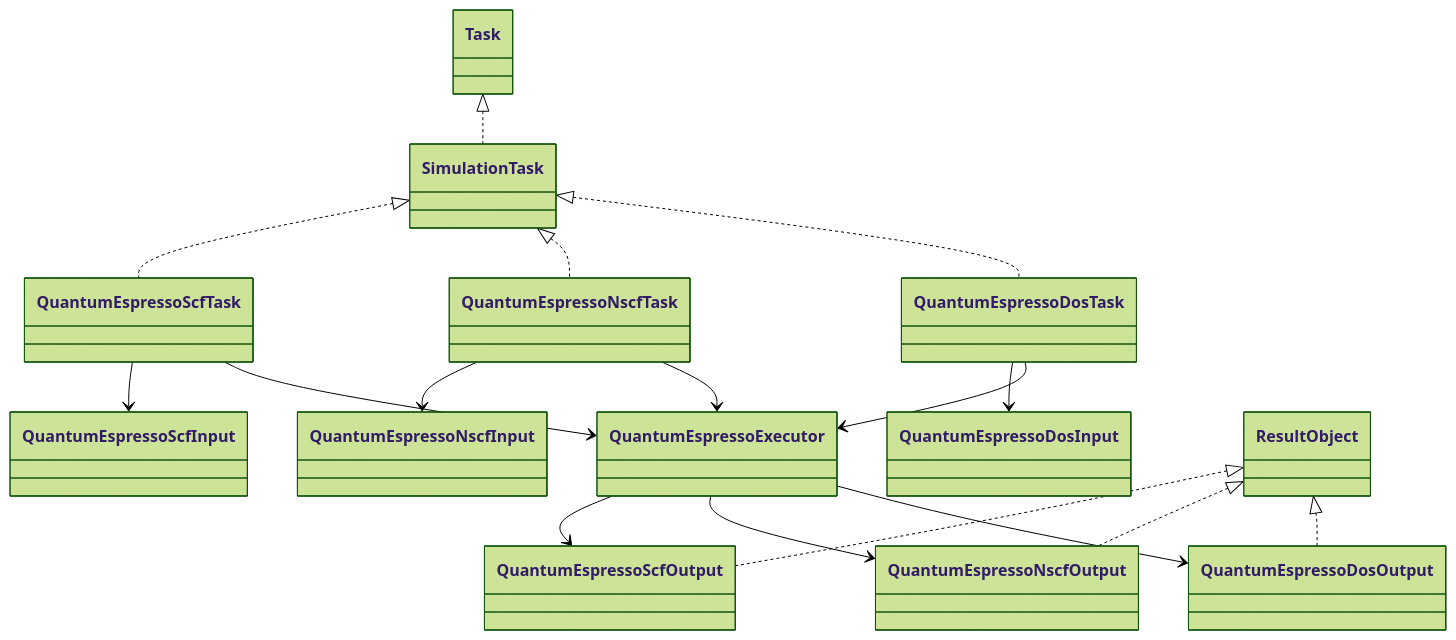
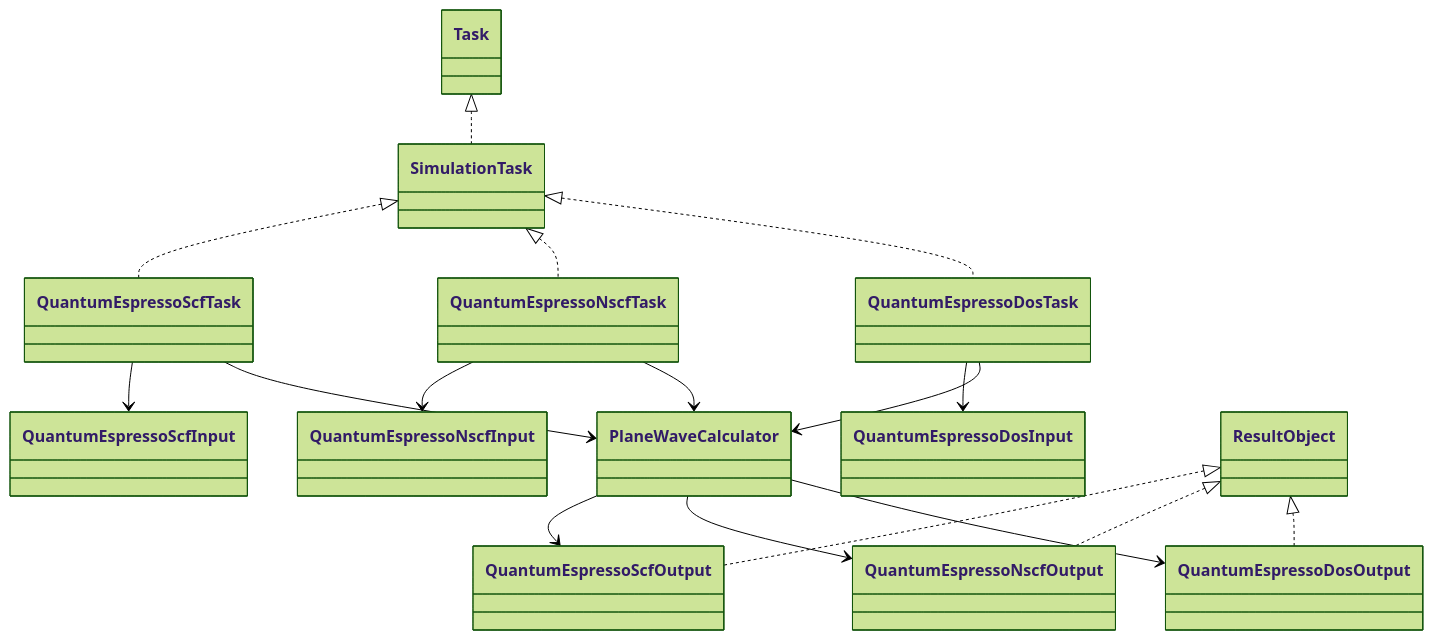
One commit to eragasa/ksdft2effmass changed the first of 2 diagrams in docs/architecture/v2/ksdft2effmass/workflows/simulation-task-model.md. Above: the diagram before and after it, drawn with Mermaid (forest theme). The commit also changed other lines of this file and 119 other files, not shown here.

Commit message:
Complete Quantum ESPRESSO integration boundary

````diff
--- a/docs/architecture/v2/ksdft2effmass/workflows/simulation-task-model.md
+++ b/docs/architecture/v2/ksdft2effmass/workflows/simulation-task-model.md
@@ -15,33 +23,33 @@
 ```mermaid
 classDiagram
     class Task
     class SimulationTask
     class QuantumEspressoScfTask
     class QuantumEspressoNscfTask
     class QuantumEspressoDosTask
     class QuantumEspressoScfInput
     class QuantumEspressoNscfInput
     class QuantumEspressoDosInput
     class QuantumEspressoScfOutput
     class QuantumEspressoNscfOutput
     class QuantumEspressoDosOutput
-    class QuantumEspressoExecutor
+    class PlaneWaveCalculator
     class ResultObject
 
     Task <|.. SimulationTask
     SimulationTask <|.. QuantumEspressoScfTask
     SimulationTask <|.. QuantumEspressoNscfTask
     SimulationTask <|.. QuantumEspressoDosTask
     QuantumEspressoScfTask --> QuantumEspressoScfInput
     QuantumEspressoNscfTask --> QuantumEspressoNscfInput
     QuantumEspressoDosTask --> QuantumEspressoDosInput
-    QuantumEspressoScfTask --> QuantumEspressoExecutor
-    QuantumEspressoNscfTask --> QuantumEspressoExecutor
-    QuantumEspressoDosTask --> QuantumEspressoExecutor
-    QuantumEspressoExecutor --> QuantumEspressoScfOutput
-    QuantumEspressoExecutor --> QuantumEspressoNscfOutput
-    QuantumEspressoExecutor --> QuantumEspressoDosOutput
+    QuantumEspressoScfTask --> PlaneWaveCalculator
+    QuantumEspressoNscfTask --> PlaneWaveCalculator
+    QuantumEspressoDosTask --> PlaneWaveCalculator
+    PlaneWaveCalculator --> QuantumEspressoScfOutput
+    PlaneWaveCalculator --> QuantumEspressoNscfOutput
+    PlaneWaveCalculator --> QuantumEspressoDosOutput
     ResultObject <|.. QuantumEspressoScfOutput
     ResultObject <|.. QuantumEspressoNscfOutput
     ResultObject <|.. QuantumEspressoDosOutput
 ```
````
